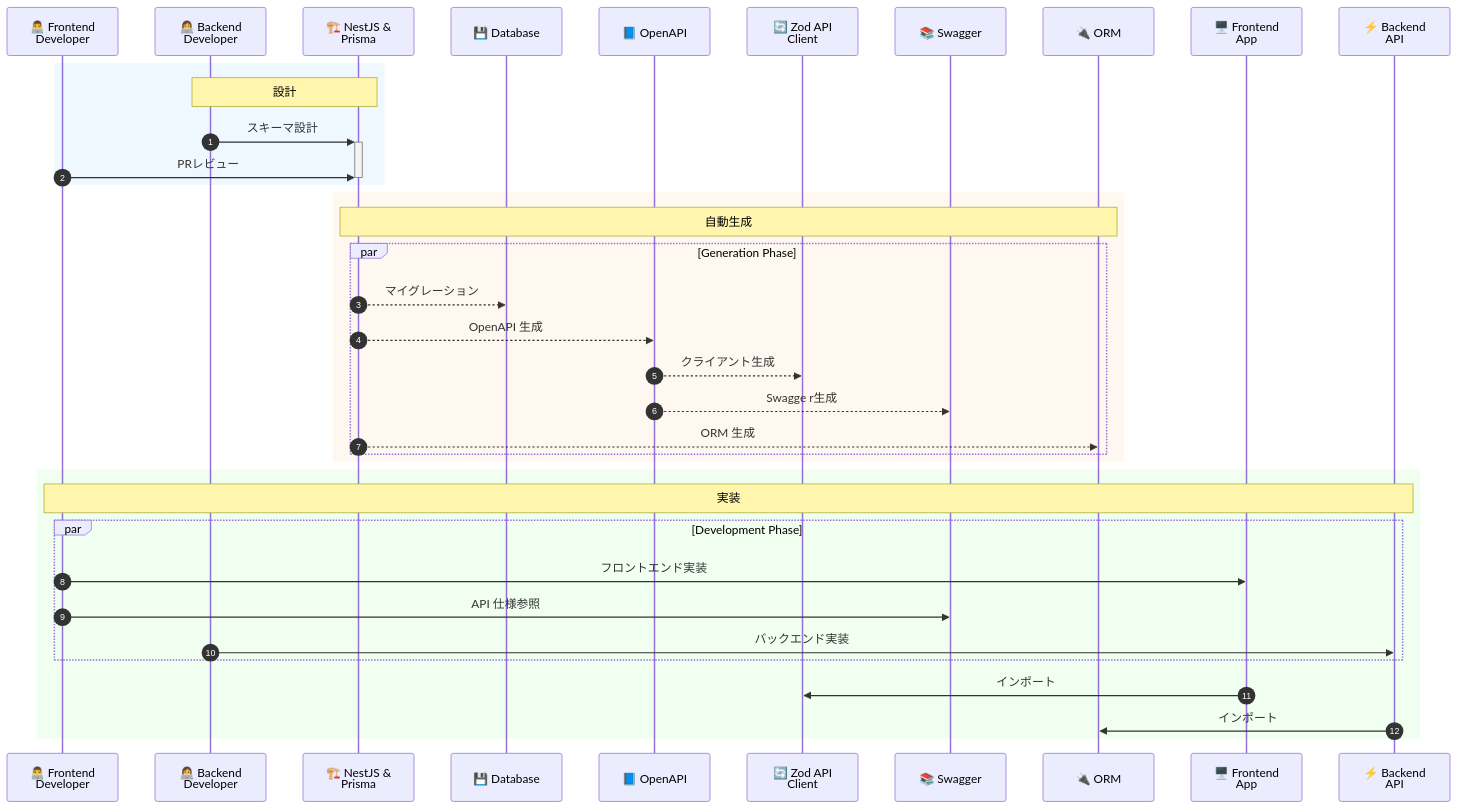
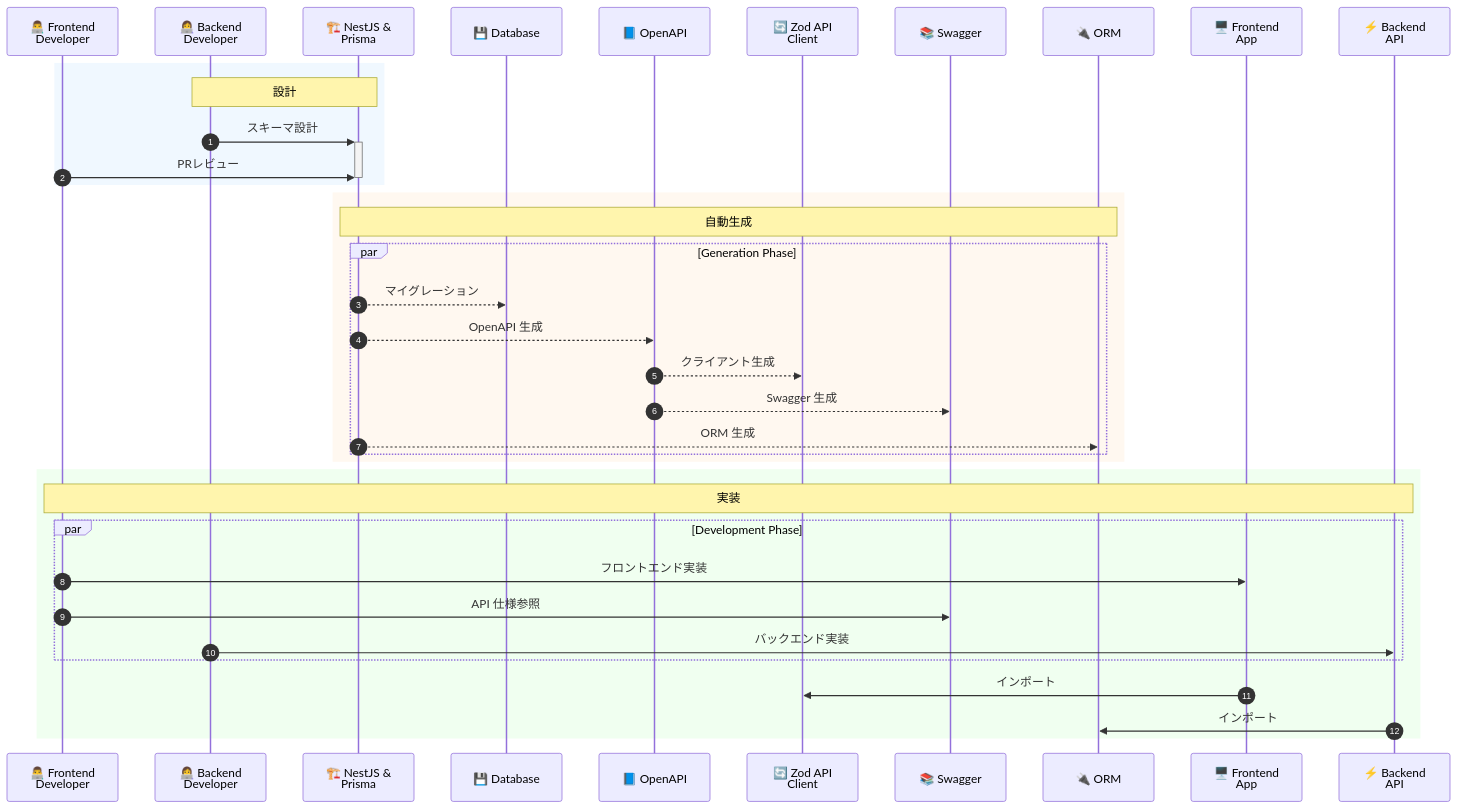
The second of 2 diagrams in articles/812a65cf883b98.md (danny-yamamoto/zenn-docs), drawn with Mermaid before and after one commit. The commit also changed other lines of this file, not shown here.

````diff
--- a/articles/812a65cf883b98.md
+++ b/articles/812a65cf883b98.md
@@ -99,43 +104,43 @@
 ```mermaid
 sequenceDiagram
     autonumber
     participant FD as 👨‍💻 Frontend<br/>Developer
     participant BD as 👩‍💻 Backend<br/>Developer
     participant Ent as 🏗️ NestJS &<br/>Prisma
     participant DB as 💾 Database
     participant OA as 📘 OpenAPI
     participant CL as 🔄 Zod API<br/>Client
     participant SW as 📚 Swagger
     participant ORM as 🔌 ORM
     participant FA as 🖥️ Frontend<br/>App
     participant BA as ⚡ Backend<br/>API
 
     rect rgb(240, 248, 255)
         Note over BD,Ent: 設計
         BD->>+Ent: スキーマ設計
         FD->>Ent: PRレビュー
         deactivate Ent
     end
 
     rect rgb(255, 248, 240)
         Note over Ent,ORM: 自動生成
         par Generation Phase
             Ent-->>DB: マイグレーション
             Ent-->>OA: OpenAPI 生成
             OA-->>CL: クライアント生成
-            OA-->>SW: Swagge r生成
+            OA-->>SW: Swagger 生成
             Ent-->>ORM: ORM 生成
         end
     end
 
     rect rgb(240, 255, 240)
         Note over FD,BA: 実装
         par Development Phase
             FD->>FA: フロントエンド実装
             FD->>SW: API 仕様参照
             BD->>BA: バックエンド実装
         end
         FA->>CL: インポート
         BA->>ORM: インポート
     end
 ```
````
